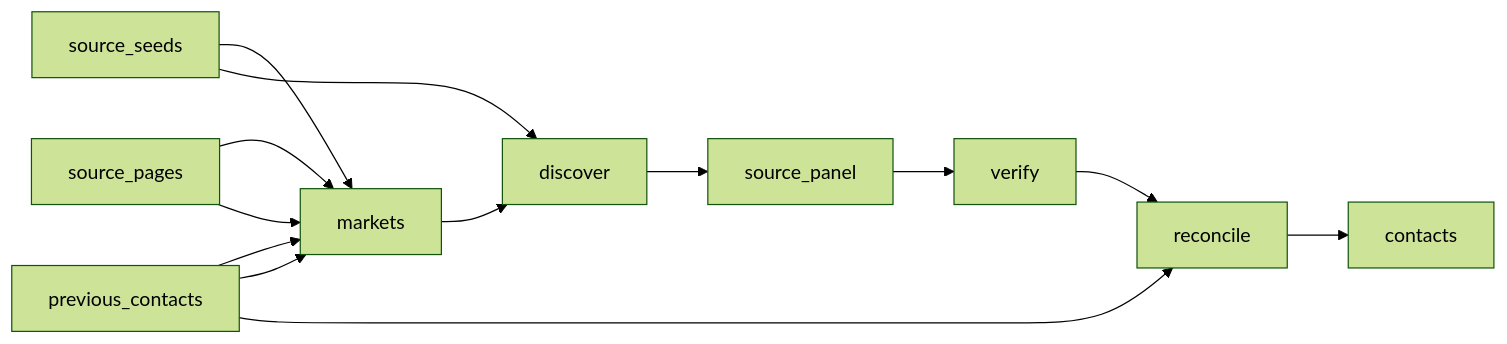
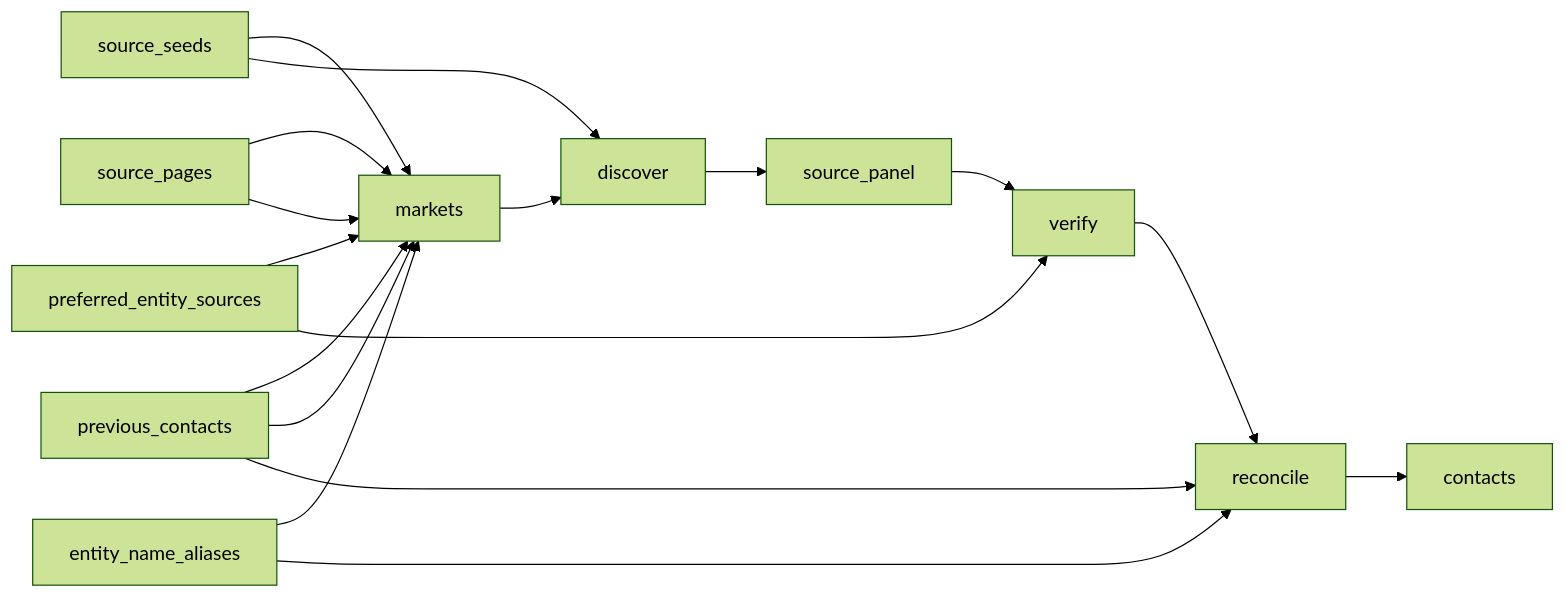
Before and after one commit to jsonifyco/public-datasets: the diagram in datasets/worldwide-literary-agents-and-fiction-publishers-0f2335ceed4c/README.md, drawn with Mermaid (forest theme). The commit also changed other lines of this file and 2 other files, not shown here.

Commit message:
Update worldwide-literary-agents-and-fiction-publishers-0f2335ceed4c

````diff
--- a/datasets/worldwide-literary-agents-and-fiction-publishers-0f2335ceed4c/README.md
+++ b/datasets/worldwide-literary-agents-and-fiction-publishers-0f2335ceed4c/README.md
@@ -64,24 +64,30 @@
 ```mermaid
 flowchart LR
   n0["source#95;seeds"]
   n1["source#95;pages"]
   n2["previous#95;contacts"]
-  n3["markets"]
-  n4["discover"]
-  n5["source#95;panel"]
-  n6["verify"]
-  n7["reconcile"]
-  n8["contacts"]
-  n3 --> n4
-  n4 --> n5
+  n3["preferred#95;entity#95;sources"]
+  n4["entity#95;name#95;aliases"]
+  n5["markets"]
+  n6["discover"]
+  n7["source#95;panel"]
+  n8["verify"]
+  n9["reconcile"]
+  n10["contacts"]
   n5 --> n6
   n6 --> n7
   n7 --> n8
-  n0 --> n3
-  n1 --> n3
-  n2 --> n3
-  n2 --> n3
-  n1 --> n3
-  n0 --> n4
-  n2 --> n7
+  n8 --> n9
+  n9 --> n10
+  n0 --> n5
+  n1 --> n5
+  n2 --> n5
+  n3 --> n5
+  n4 --> n5
+  n2 --> n5
+  n1 --> n5
+  n0 --> n6
+  n3 --> n8
+  n4 --> n9
+  n2 --> n9
 ```
````
